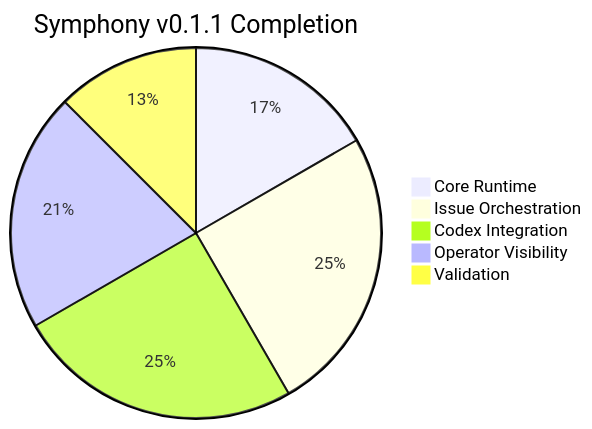
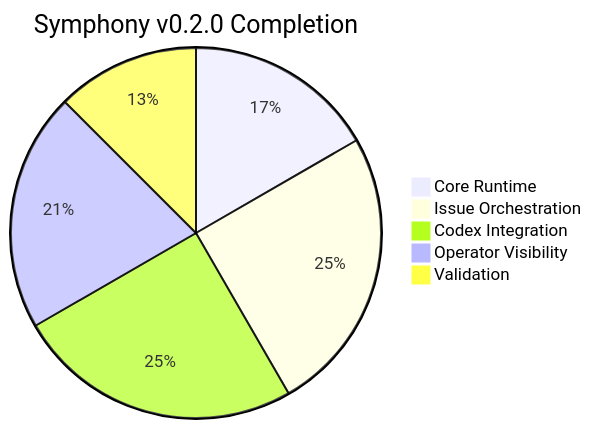
Before and after one commit to OmerFarukOruc/symphony-orchestrator: the diagram in docs/ROADMAP_AND_STATUS.md, drawn with Mermaid. The commit also changed other lines of this file and 19 other files, not shown here.

````diff
--- a/docs/ROADMAP_AND_STATUS.md
+++ b/docs/ROADMAP_AND_STATUS.md
@@ -69,8 +77,8 @@
 ```mermaid
-pie title Symphony v0.1.1 Completion
+pie title Symphony v0.2.0 Completion
     "Core Runtime" : 4
     "Issue Orchestration" : 6
     "Codex Integration" : 6
     "Operator Visibility" : 5
     "Validation" : 3
 ```
````
